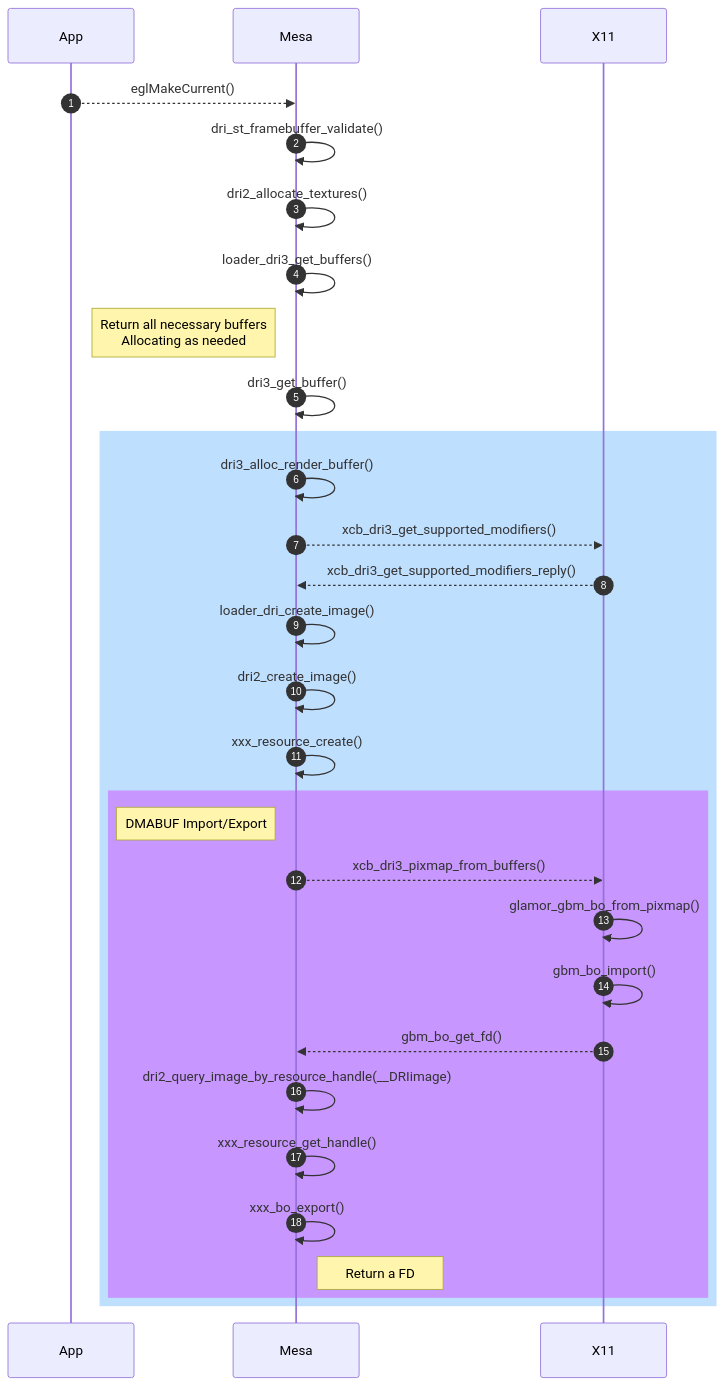
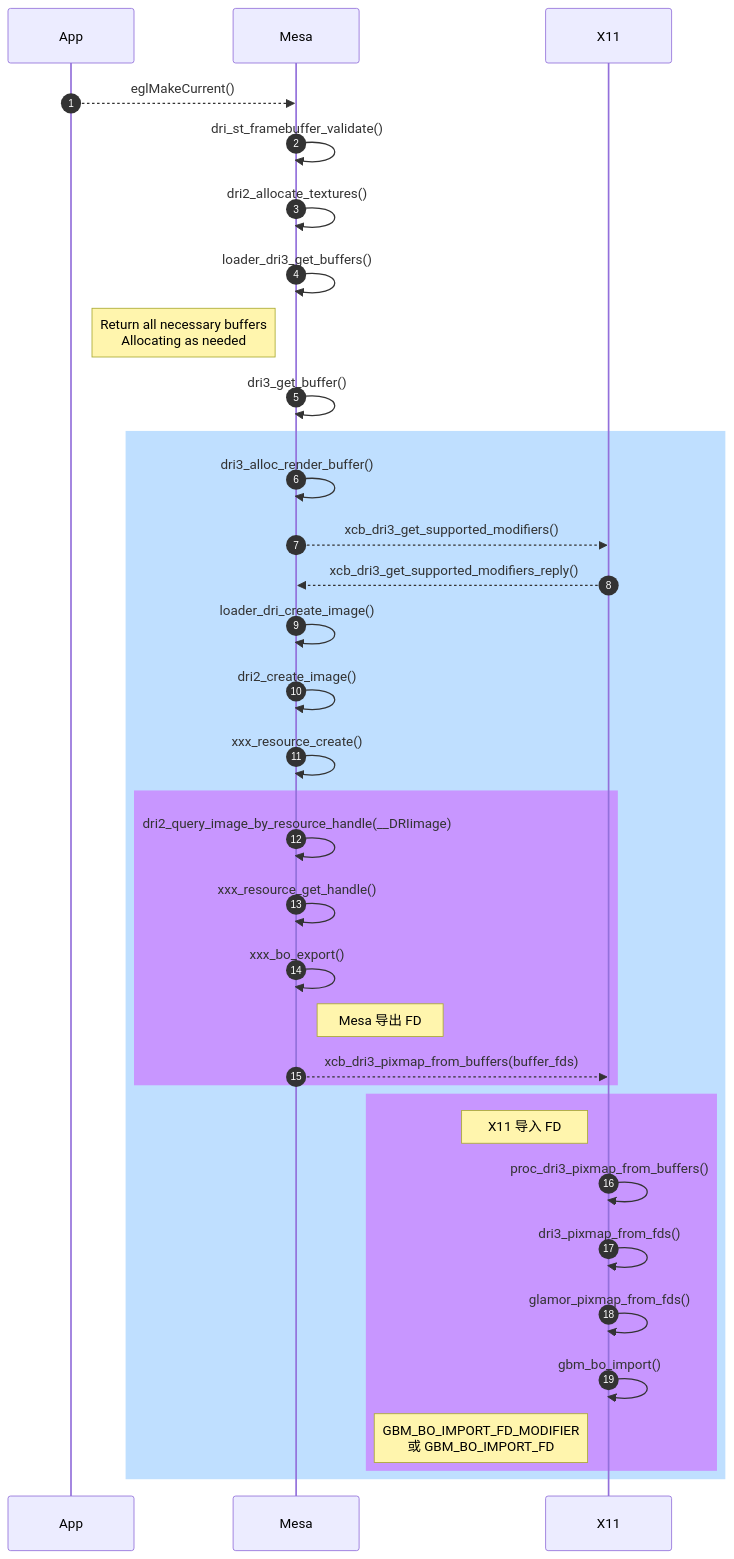
The first of 2 diagrams in source/_posts/gfx/dri.md (lucmann/lucmann.github.io), drawn with Mermaid before and after one commit.

Commit message:
gfx: dri3_alloc_render_buffer

````diff
--- a/source/_posts/gfx/dri.md
+++ b/source/_posts/gfx/dri.md
@@ -26,33 +26,37 @@
 ```mermaid
 sequenceDiagram
     autonumber
     participant App
     participant Mesa
     participant X11
 
     App-->>Mesa: eglMakeCurrent()
     Mesa->>Mesa: dri_st_framebuffer_validate()
     Mesa->>Mesa: dri2_allocate_textures()
     Mesa->>Mesa: loader_dri3_get_buffers()
     note left of Mesa: Return all necessary buffers<br/>Allocating as needed
     Mesa->>Mesa: dri3_get_buffer()
     rect rgb(191, 223, 255)
     Mesa->>Mesa: dri3_alloc_render_buffer()
     Mesa-->>X11: xcb_dri3_get_supported_modifiers()
     X11-->>Mesa: xcb_dri3_get_supported_modifiers_reply()
     Mesa->>Mesa: loader_dri_create_image()
     Mesa->>Mesa: dri2_create_image()
     Mesa->>Mesa: xxx_resource_create()
     rect rgb(200, 150, 255)
-    note left of Mesa: DMABUF Import/Export
-    Mesa-->>X11: xcb_dri3_pixmap_from_buffers()
-    X11->>X11: glamor_gbm_bo_from_pixmap()
-    X11->>X11: gbm_bo_import()
-    X11-->>Mesa: gbm_bo_get_fd()
     Mesa->>Mesa: dri2_query_image_by_resource_handle(__DRIimage)
     Mesa->>Mesa: xxx_resource_get_handle()
     Mesa->>Mesa: xxx_bo_export()
-    note right of Mesa: Return a FD
+    note right of Mesa: Mesa 导出 FD
+    Mesa-->>X11: xcb_dri3_pixmap_from_buffers(buffer_fds)
+    end
+    rect rgb(200, 150, 255)
+    note left of X11: X11 导入 FD
+    X11->>X11: proc_dri3_pixmap_from_buffers()
+    X11->>X11: dri3_pixmap_from_fds()
+    X11->>X11: glamor_pixmap_from_fds()
+    X11->>X11: gbm_bo_import()
+    note left of X11: GBM_BO_IMPORT_FD_MODIFIER<br/>或 GBM_BO_IMPORT_FD
     end
     end
 ```
````
